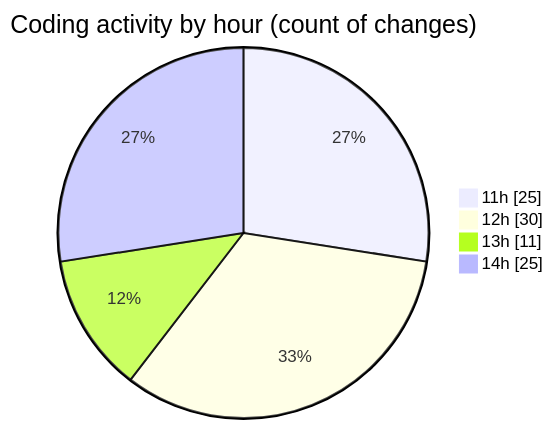
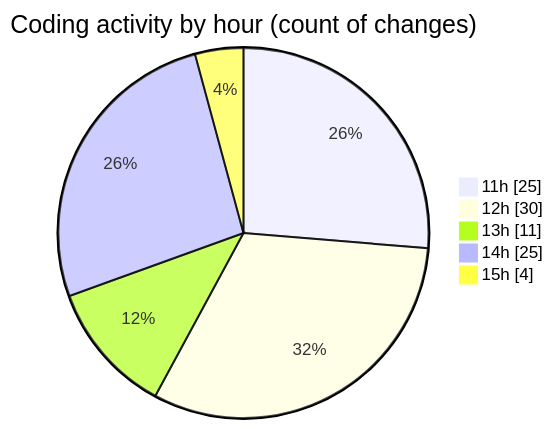
The second of 2 diagrams in 2025-08-13/nxtqube_webapp/README.md (nxtqubesakshisongat/code-tracking), drawn with Mermaid before and after one commit. The commit also changed other lines of this file and 1 other file, not shown here.

````diff
--- a/2025-08-13/nxtqube_webapp/README.md
+++ b/2025-08-13/nxtqube_webapp/README.md
@@ -35,8 +35,9 @@
 ```mermaid
 pie showData
 title Coding activity by hour (count of changes)
 "11h" : 25
 "12h" : 30
 "13h" : 11
 "14h" : 25
+"15h" : 4
 ```
````
